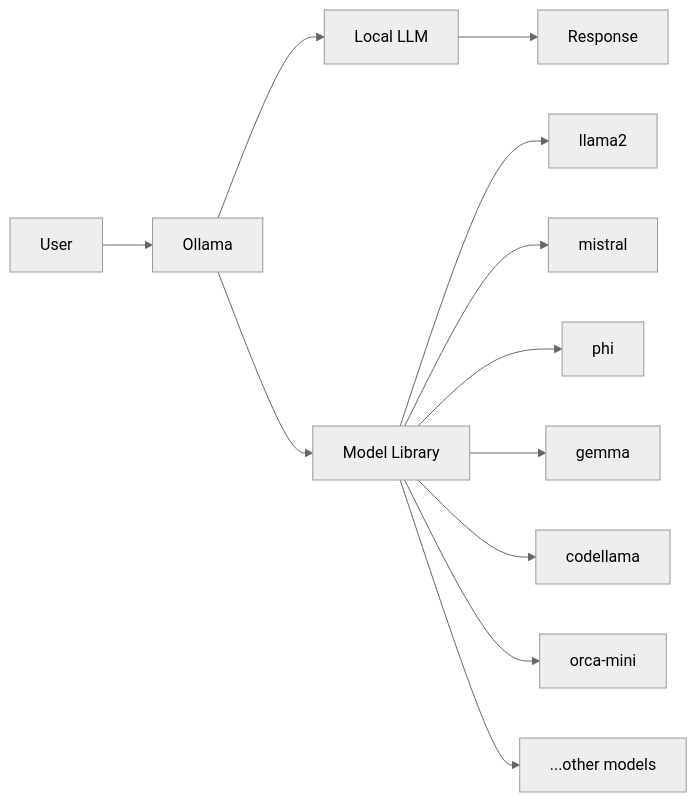
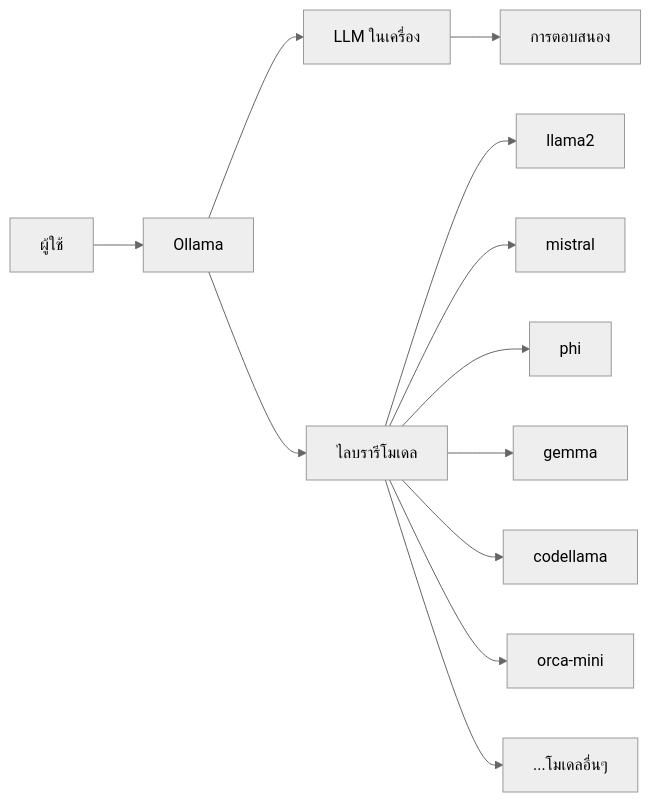
Before and after one commit to racksync/workshop-ai: the first of 2 diagrams in chapters/04-local-model.md, drawn with Mermaid (neutral theme). The commit also changed other lines of this file and 4 other files, not shown here.

Commit message:
Refactor workshop chapters: update images, enhance content, and add diagrams for clarity

````diff
--- a/chapters/04-local-model.md
+++ b/chapters/04-local-model.md
@@ -51,14 +51,14 @@
 ```mermaid
 flowchart LR
-    A[User] --> B[Ollama]
-    B --> C[Local LLM]
-    C --> D[Response]
-    B --> E[Model Library]
+    A[ผู้ใช้] --> B[Ollama]
+    B --> C[LLM ในเครื่อง]
+    C --> D[การตอบสนอง]
+    B --> E[ไลบรารีโมเดล]
     E --> F[llama2]
     E --> G[mistral]
     E --> H[phi]
     E --> I[gemma]
     E --> J[codellama]
     E --> K[orca-mini]
-    E --> L[...other models]
+    E --> L[...โมเดลอื่นๆ]
 ```
````
